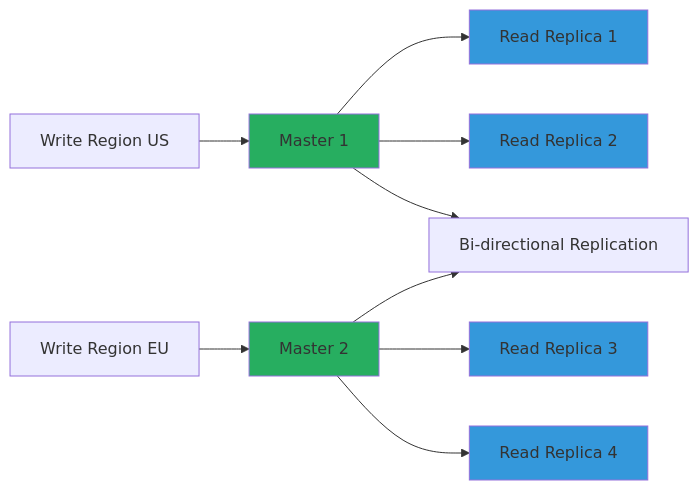
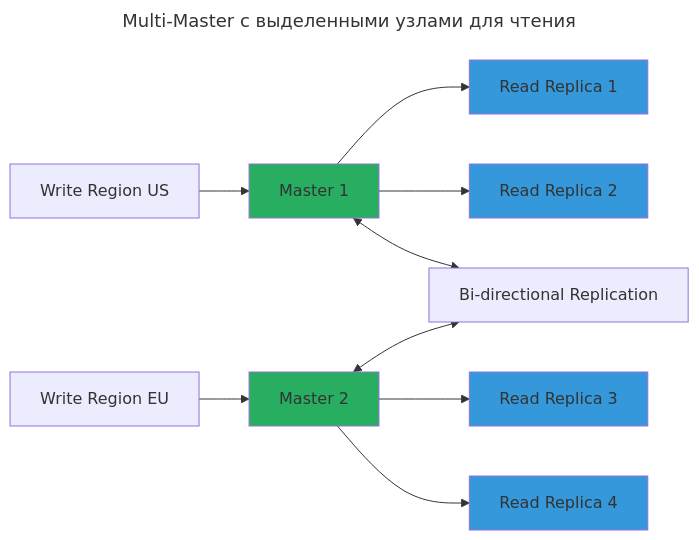
Before and after one commit to mrtxee/enterprise-developer-almanac: the fourth of 4 diagrams in software-engineer/паттерны/scaling/replication.md, drawn with Mermaid. The commit also changed other lines of this file and 18 other files, not shown here.

````diff
--- a/software-engineer/паттерны/scaling/replication.md
+++ b/software-engineer/паттерны/scaling/replication.md
@@ -131,21 +145,24 @@
 ```mermaid
+---
+title: Multi-Master с выделенными узлами для чтения
+---
 graph LR
     A[Master 1] --> B[Read Replica 1]
     A --> C[Read Replica 2]
     
     D[Master 2] --> E[Read Replica 3]
     D --> F[Read Replica 4]
     
-    A --> G[Bi-directional Replication]
-    D --> G
+    A <--> G[Bi-directional Replication]
+    D <--> G
     
     H[Write Region US] --> A
     I[Write Region EU] --> D
     
     style A fill:#27ae60
     style D fill:#27ae60
     style B fill:#3498db
     style C fill:#3498db
     style E fill:#3498db
     style F fill:#3498db
 ```
````
